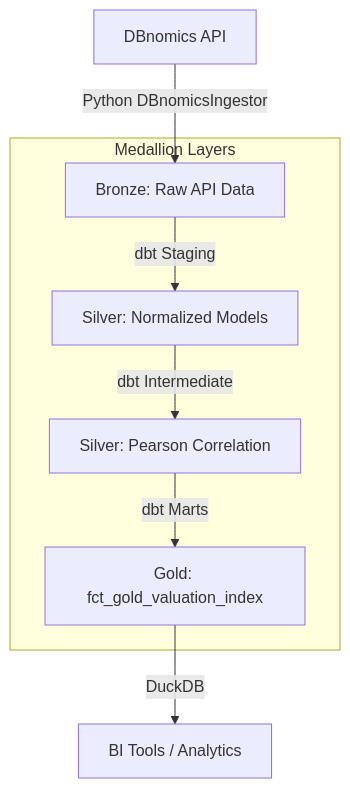
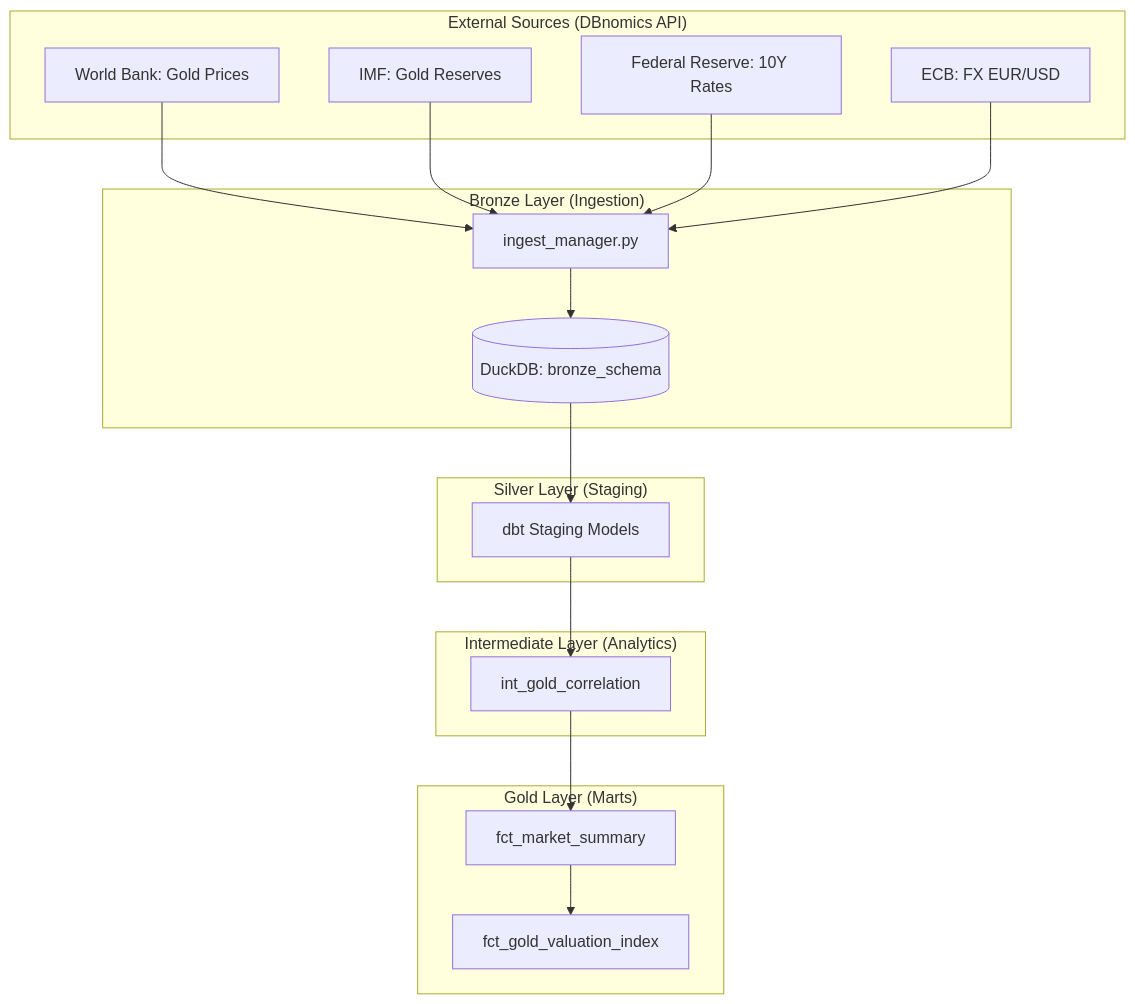
Before and after one commit to flo-kaiser/data_engineering_project: the diagram in README.md, drawn with Mermaid. The commit also changed other lines of this file and 5 other files, not shown here.

````diff
--- a/README.md
+++ b/README.md
@@ -17,15 +14,28 @@
 ```mermaid
 graph TD
-    API[DBnomics API] -->|Python DBnomicsIngestor| Bronze[Bronze: Raw API Data]
-    Bronze -->|dbt Staging| Silver_Staging[Silver: Normalized Models]
-    Silver_Staging -->|dbt Intermediate| Silver_Analytic[Silver: Pearson Correlation]
-    Silver_Analytic -->|dbt Marts| Gold[Gold: fct_gold_valuation_index]
-    Gold -->|DuckDB| BI[BI Tools / Analytics]
-    
-    subgraph "Medallion Layers"
-    Bronze
-    Silver_Staging
-    Silver_Analytic
-    Gold
+    subgraph "External Sources (DBnomics API)"
+        WB[World Bank: Gold Prices]
+        IMF[IMF: Gold Reserves]
+        FED[Federal Reserve: 10Y Rates]
+        ECB[ECB: FX EUR/USD]
     end
+
+    subgraph "Bronze Layer (Ingestion)"
+        IM[ingest_manager.py] --> DB[(DuckDB: bronze_schema)]
+    end
+
+    subgraph "Silver Layer (Staging)"
+        DB --> STG[dbt Staging Models]
+    end
+
+    subgraph "Intermediate Layer (Analytics)"
+        STG --> INT[int_gold_correlation]
+    end
+
+    subgraph "Gold Layer (Marts)"
+        INT --> MS[fct_market_summary]
+        MS --> VI[fct_gold_valuation_index]
+    end
+
+    WB & IMF & FED & ECB --> IM
 ```
````
